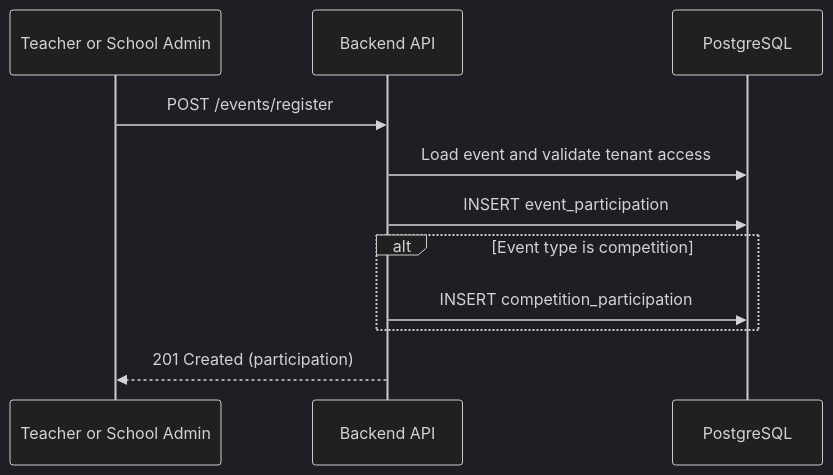
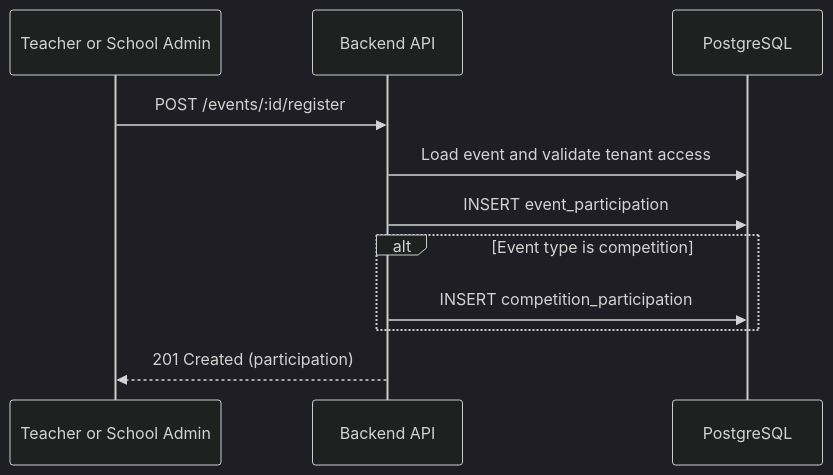
The fifth of 10 diagrams in architecture-homework/docs/api-design.md (KaterynaKocheharova/Multi-tenant-architecture), drawn with Mermaid (dark theme) before and after one commit. The commit also changed other lines of this file and 1 other file, not shown here.

Commit message:
polish api-design

````diff
--- a/architecture-homework/docs/api-design.md
+++ b/architecture-homework/docs/api-design.md
@@ -385,14 +366,14 @@
 ```mermaid
 sequenceDiagram
   participant User as Teacher or School Admin
   participant API as Backend API
   participant DB as PostgreSQL
 
-  User->>API: POST /events/register
+  User->>API: POST /events/:id/register
   API->>DB: Load event and validate tenant access
   API->>DB: INSERT event_participation
   alt Event type is competition
     API->>DB: INSERT competition_participation
   end
   API-->>User: 201 Created (participation)
 ```
````
